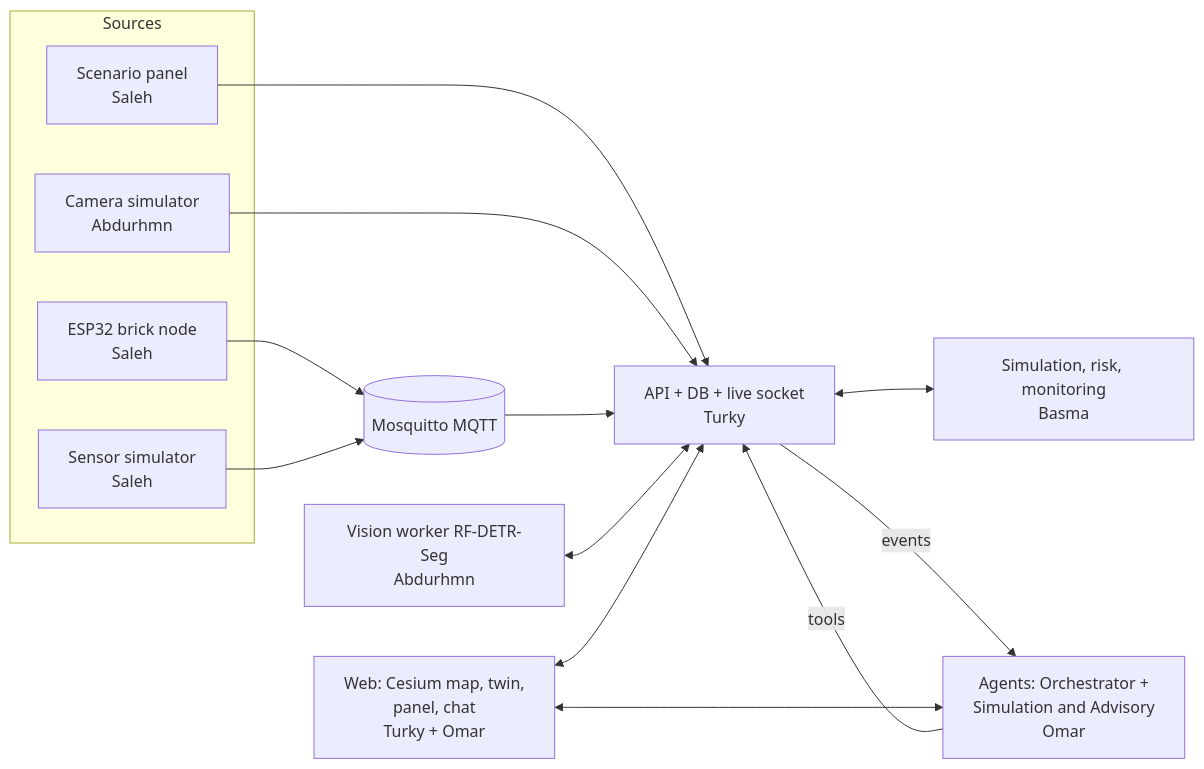
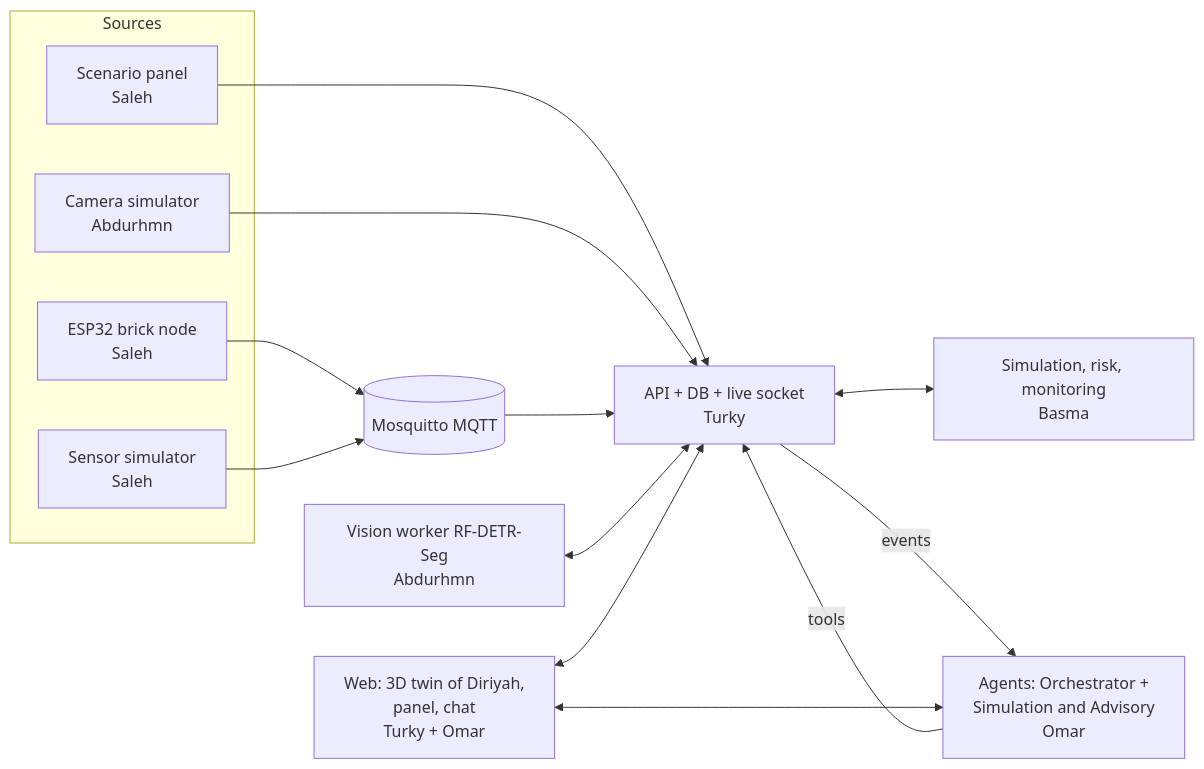
One commit to oShuail/Hadaq-AgentX changed the diagram in README.md. Above: the diagram before and after it, drawn with Mermaid. The commit also changed other lines of this file and 10 other files, not shown here.

````diff
--- a/README.md
+++ b/README.md
@@ -12,27 +14,27 @@
 ```mermaid
 flowchart LR
   subgraph Sources
     ESP[ESP32 brick node<br/>Saleh]
     SIM[Sensor simulator<br/>Saleh]
     CAM[Camera simulator<br/>Abdurhmn]
     PANEL[Scenario panel<br/>Saleh]
   end
   MQTT[(Mosquitto MQTT)]
   API[API + DB + live socket<br/>Turky]
   SIMENG[Simulation, risk, monitoring<br/>Basma]
   VIS[Vision worker RF-DETR-Seg<br/>Abdurhmn]
   AG[Agents: Orchestrator +<br/>Simulation and Advisory<br/>Omar]
-  WEB[Web: Cesium map, twin,<br/>panel, chat<br/>Turky + Omar]
+  WEB[Web: 3D twin of Diriyah,<br/>panel, chat<br/>Turky + Omar]
 
   ESP --> MQTT
   SIM --> MQTT
   PANEL --> API
   CAM --> API
   MQTT --> API
   API <--> SIMENG
   VIS <--> API
   API -- events --> AG
   AG -- tools --> API
   WEB <--> API
   WEB <--> AG
 ```
````
